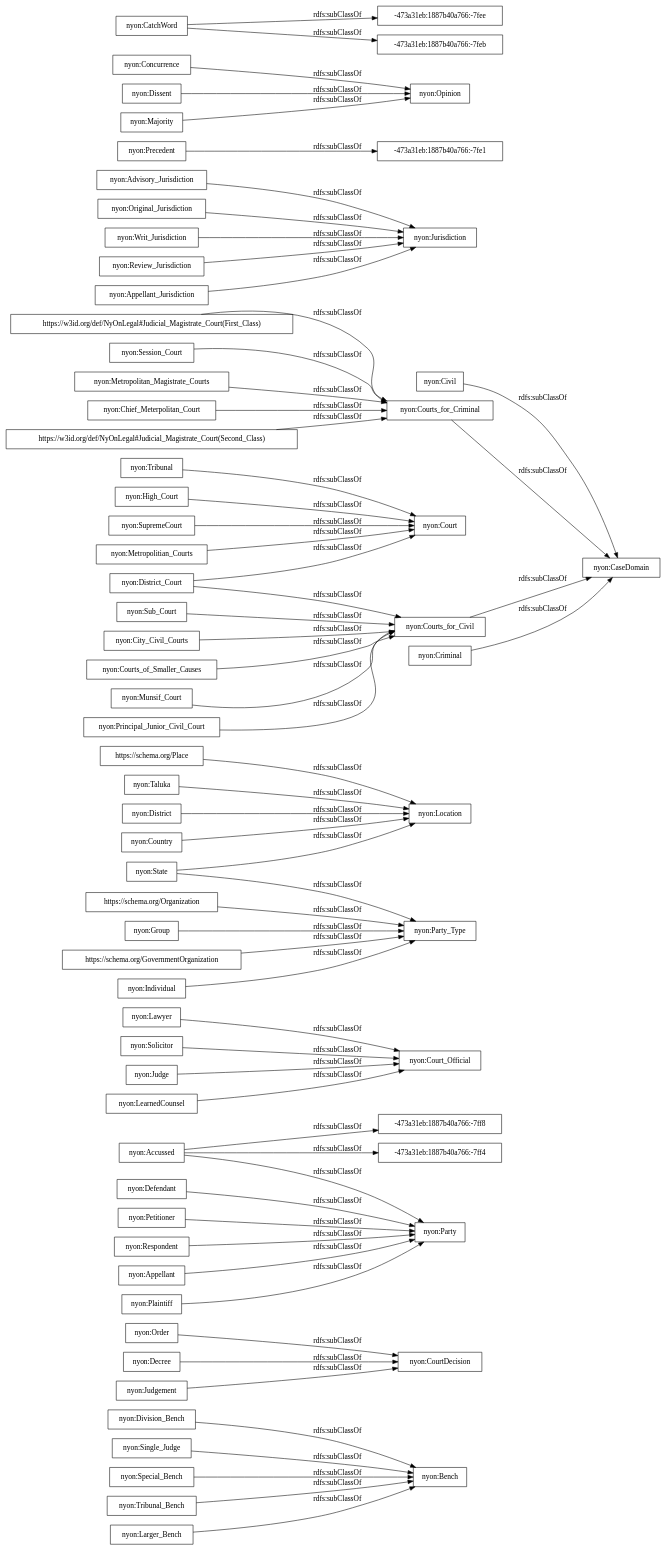
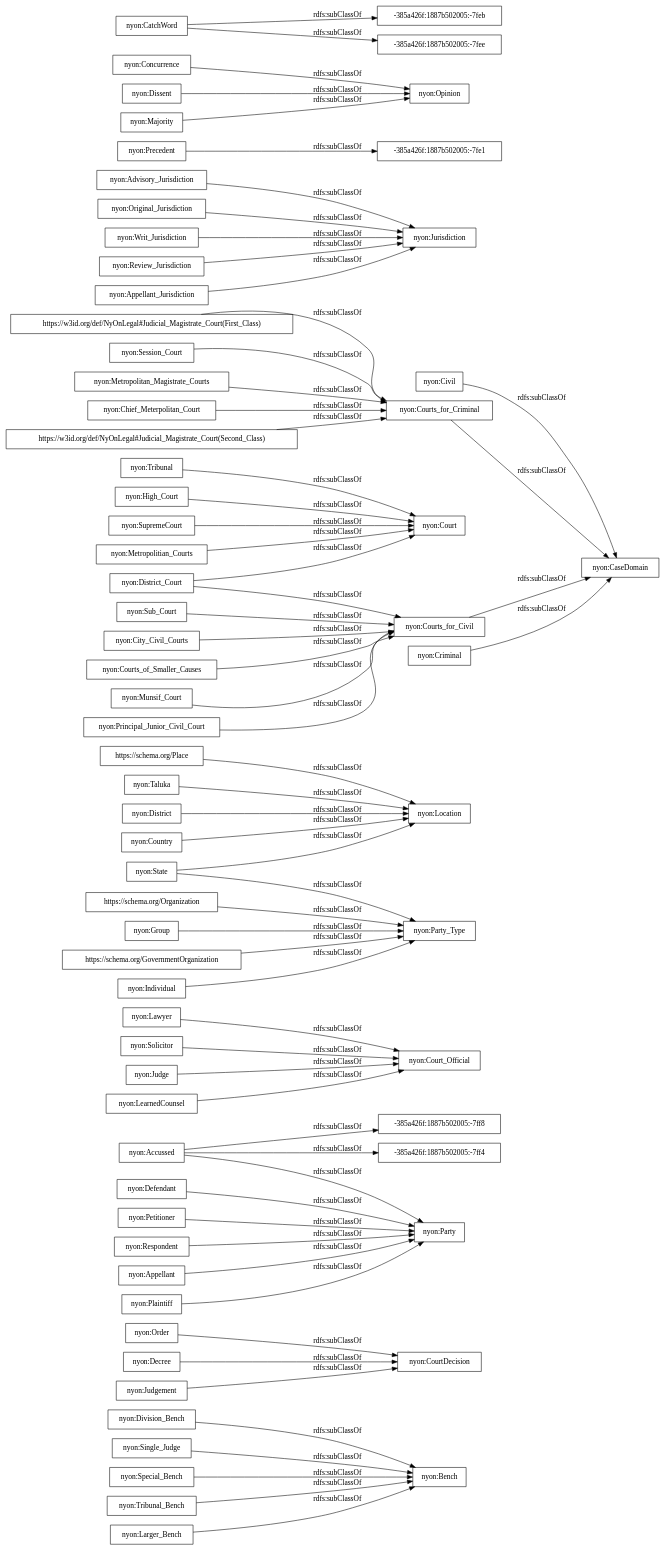
The diagram in OnToology/NyOn.owl/diagrams/ar2dtool-taxonomy/NyOn.owl.png.dot (ahmad88me/NyOn), drawn with Graphviz before and after one commit. The commit also changed 25 other files, not shown here.

```diff
--- a/OnToology/NyOn.owl/diagrams/ar2dtool-taxonomy/NyOn.owl.png.dot
+++ b/OnToology/NyOn.owl/diagrams/ar2dtool-taxonomy/NyOn.owl.png.dot
@@ -1,67 +1,67 @@
 digraph ar2dtool_diagram { 
 rankdir=LR;
 size="1000"
-node [shape = rectangle, color="black"]; "nyon:Division_Bench" "nyon:Order" "nyon:Decree" "nyon:Bench" "nyon:Party" "nyon:Defendant" "nyon:Lawyer" "https://schema.org/Place" "nyon:Accussed" "nyon:Civil" "nyon:Taluka" "nyon:Principal_Junior_Civil_Court" "nyon:Solicitor" "nyon:Advisory_Jurisdiction" "nyon:Single_Judge" "nyon:Session_Court" "nyon:Metropolitan_Magistrate_Courts" "nyon:District_Court" "nyon:Chief_Meterpolitan_Court" "nyon:Original_Jurisdiction" "nyon:Court_Official" "nyon:Precedent" "nyon:Court" "nyon:High_Court" "https://w3id.org/def/NyOnLegal#Judicial_Magistrate_Court(Second_Class)" "nyon:State" "nyon:Concurrence" "nyon:Courts_for_Criminal" "nyon:Courts_for_Civil" "nyon:Writ_Jurisdiction" "nyon:Location" "nyon:District" "nyon:Review_Jurisdiction" "nyon:City_Civil_Courts" "nyon:Appellant_Jurisdiction" "nyon:SupremeCourt" "nyon:Special_Bench" "nyon:Individual" "nyon:Opinion" "nyon:Judge" "nyon:Courts_of_Smaller_Causes" "nyon:Judgement" "nyon:LearnedCounsel" "-473a31eb:1887b40a766:-7ff4" "nyon:Tribunal_Bench" "nyon:Jurisdiction" "https://schema.org/Organization" "nyon:Metropolitian_Courts" "nyon:Criminal" "nyon:Group" "-473a31eb:1887b40a766:-7fee" "nyon:Appellant" "nyon:Munsif_Court" "nyon:CatchWord" "nyon:Dissent" "nyon:Party_Type" "nyon:Plaintiff" "-473a31eb:1887b40a766:-7ff8" "nyon:Country" "nyon:CourtDecision" "nyon:Tribunal" "nyon:Majority" "nyon:Petitioner" "nyon:CaseDomain" "nyon:Sub_Court" "https://schema.org/GovernmentOrganization" "nyon:Larger_Bench" "-473a31eb:1887b40a766:-7feb" "https://w3id.org/def/NyOnLegal#Judicial_Magistrate_Court(First_Class)" "nyon:Respondent" "-473a31eb:1887b40a766:-7fe1" ; /*classes style*/
+node [shape = rectangle, color="black"]; "nyon:Division_Bench" "nyon:Order" "nyon:Decree" "nyon:Bench" "nyon:Party" "nyon:Defendant" "nyon:Lawyer" "https://schema.org/Place" "nyon:Accussed" "nyon:Civil" "nyon:Taluka" "nyon:Principal_Junior_Civil_Court" "nyon:Solicitor" "nyon:Advisory_Jurisdiction" "nyon:Single_Judge" "nyon:Session_Court" "nyon:Metropolitan_Magistrate_Courts" "nyon:District_Court" "nyon:Original_Jurisdiction" "nyon:Chief_Meterpolitan_Court" "nyon:Court_Official" "nyon:Precedent" "nyon:Court" "nyon:High_Court" "https://w3id.org/def/NyOnLegal#Judicial_Magistrate_Court(Second_Class)" "nyon:State" "nyon:Concurrence" "nyon:Courts_for_Criminal" "nyon:Courts_for_Civil" "-385a426f:1887b502005:-7ff4" "nyon:Writ_Jurisdiction" "nyon:Location" "nyon:District" "nyon:Review_Jurisdiction" "nyon:City_Civil_Courts" "nyon:Appellant_Jurisdiction" "nyon:SupremeCourt" "nyon:Special_Bench" "nyon:Individual" "nyon:Opinion" "nyon:Judge" "nyon:Courts_of_Smaller_Causes" "-385a426f:1887b502005:-7feb" "nyon:Judgement" "nyon:LearnedCounsel" "-385a426f:1887b502005:-7fe1" "nyon:Tribunal_Bench" "nyon:Jurisdiction" "-385a426f:1887b502005:-7fee" "https://schema.org/Organization" "nyon:Metropolitian_Courts" "nyon:Criminal" "nyon:Group" "-385a426f:1887b502005:-7ff8" "nyon:Appellant" "nyon:Munsif_Court" "nyon:CatchWord" "nyon:Dissent" "nyon:Party_Type" "nyon:Plaintiff" "nyon:Country" "nyon:CourtDecision" "nyon:Tribunal" "nyon:Majority" "nyon:Petitioner" "nyon:CaseDomain" "nyon:Sub_Court" "https://schema.org/GovernmentOrganization" "nyon:Larger_Bench" "https://w3id.org/def/NyOnLegal#Judicial_Magistrate_Court(First_Class)" "nyon:Respondent" ; /*classes style*/
 	"nyon:Writ_Jurisdiction" -> "nyon:Jurisdiction" [ label = "rdfs:subClassOf" ];
 	"nyon:Special_Bench" -> "nyon:Bench" [ label = "rdfs:subClassOf" ];
 	"https://schema.org/Place" -> "nyon:Location" [ label = "rdfs:subClassOf" ];
 	"nyon:Judge" -> "nyon:Court_Official" [ label = "rdfs:subClassOf" ];
 	"nyon:Petitioner" -> "nyon:Party" [ label = "rdfs:subClassOf" ];
 	"https://schema.org/GovernmentOrganization" -> "nyon:Party_Type" [ label = "rdfs:subClassOf" ];
 	"nyon:Original_Jurisdiction" -> "nyon:Jurisdiction" [ label = "rdfs:subClassOf" ];
 	"nyon:Appellant" -> "nyon:Party" [ label = "rdfs:subClassOf" ];
 	"nyon:Order" -> "nyon:CourtDecision" [ label = "rdfs:subClassOf" ];
 	"nyon:Review_Jurisdiction" -> "nyon:Jurisdiction" [ label = "rdfs:subClassOf" ];
 	"https://schema.org/Organization" -> "nyon:Party_Type" [ label = "rdfs:subClassOf" ];
 	"nyon:District_Court" -> "nyon:Courts_for_Civil" [ label = "rdfs:subClassOf" ];
 	"nyon:District_Court" -> "nyon:Court" [ label = "rdfs:subClassOf" ];
 	"nyon:Metropolitian_Courts" -> "nyon:Court" [ label = "rdfs:subClassOf" ];
 	"nyon:Munsif_Court" -> "nyon:Courts_for_Civil" [ label = "rdfs:subClassOf" ];
 	"nyon:Respondent" -> "nyon:Party" [ label = "rdfs:subClassOf" ];
 	"nyon:Chief_Meterpolitan_Court" -> "nyon:Courts_for_Criminal" [ label = "rdfs:subClassOf" ];
 	"nyon:Session_Court" -> "nyon:Courts_for_Criminal" [ label = "rdfs:subClassOf" ];
 	"nyon:Majority" -> "nyon:Opinion" [ label = "rdfs:subClassOf" ];
 	"nyon:LearnedCounsel" -> "nyon:Court_Official" [ label = "rdfs:subClassOf" ];
 	"nyon:SupremeCourt" -> "nyon:Court" [ label = "rdfs:subClassOf" ];
 	"nyon:Larger_Bench" -> "nyon:Bench" [ label = "rdfs:subClassOf" ];
 	"nyon:Single_Judge" -> "nyon:Bench" [ label = "rdfs:subClassOf" ];
 	"nyon:Dissent" -> "nyon:Opinion" [ label = "rdfs:subClassOf" ];
 	"nyon:City_Civil_Courts" -> "nyon:Courts_for_Civil" [ label = "rdfs:subClassOf" ];
 	"nyon:District" -> "nyon:Location" [ label = "rdfs:subClassOf" ];
 	"nyon:Decree" -> "nyon:CourtDecision" [ label = "rdfs:subClassOf" ];
 	"nyon:High_Court" -> "nyon:Court" [ label = "rdfs:subClassOf" ];
 	"nyon:Courts_for_Civil" -> "nyon:CaseDomain" [ label = "rdfs:subClassOf" ];
 	"nyon:Sub_Court" -> "nyon:Courts_for_Civil" [ label = "rdfs:subClassOf" ];
 	"nyon:Civil" -> "nyon:CaseDomain" [ label = "rdfs:subClassOf" ];
 	"nyon:Plaintiff" -> "nyon:Party" [ label = "rdfs:subClassOf" ];
 	"nyon:State" -> "nyon:Party_Type" [ label = "rdfs:subClassOf" ];
 	"nyon:State" -> "nyon:Location" [ label = "rdfs:subClassOf" ];
 	"nyon:Criminal" -> "nyon:CaseDomain" [ label = "rdfs:subClassOf" ];
 	"nyon:Principal_Junior_Civil_Court" -> "nyon:Courts_for_Civil" [ label = "rdfs:subClassOf" ];
 	"nyon:Tribunal" -> "nyon:Court" [ label = "rdfs:subClassOf" ];
 	"https://w3id.org/def/NyOnLegal#Judicial_Magistrate_Court(Second_Class)" -> "nyon:Courts_for_Criminal" [ label = "rdfs:subClassOf" ];
 	"nyon:Courts_for_Criminal" -> "nyon:CaseDomain" [ label = "rdfs:subClassOf" ];
-	"nyon:Precedent" -> "-473a31eb:1887b40a766:-7fe1" [ label = "rdfs:subClassOf" ];
+	"nyon:Precedent" -> "-385a426f:1887b502005:-7fe1" [ label = "rdfs:subClassOf" ];
 	"nyon:Concurrence" -> "nyon:Opinion" [ label = "rdfs:subClassOf" ];
-	"nyon:CatchWord" -> "-473a31eb:1887b40a766:-7feb" [ label = "rdfs:subClassOf" ];
-	"nyon:CatchWord" -> "-473a31eb:1887b40a766:-7fee" [ label = "rdfs:subClassOf" ];
+	"nyon:CatchWord" -> "-385a426f:1887b502005:-7feb" [ label = "rdfs:subClassOf" ];
+	"nyon:CatchWord" -> "-385a426f:1887b502005:-7fee" [ label = "rdfs:subClassOf" ];
 	"nyon:Solicitor" -> "nyon:Court_Official" [ label = "rdfs:subClassOf" ];
 	"nyon:Courts_of_Smaller_Causes" -> "nyon:Courts_for_Civil" [ label = "rdfs:subClassOf" ];
 	"nyon:Defendant" -> "nyon:Party" [ label = "rdfs:subClassOf" ];
-	"nyon:Accussed" -> "-473a31eb:1887b40a766:-7ff4" [ label = "rdfs:subClassOf" ];
-	"nyon:Accussed" -> "-473a31eb:1887b40a766:-7ff8" [ label = "rdfs:subClassOf" ];
+	"nyon:Accussed" -> "-385a426f:1887b502005:-7ff4" [ label = "rdfs:subClassOf" ];
+	"nyon:Accussed" -> "-385a426f:1887b502005:-7ff8" [ label = "rdfs:subClassOf" ];
 	"nyon:Accussed" -> "nyon:Party" [ label = "rdfs:subClassOf" ];
 	"nyon:Group" -> "nyon:Party_Type" [ label = "rdfs:subClassOf" ];
 	"nyon:Country" -> "nyon:Location" [ label = "rdfs:subClassOf" ];
 	"nyon:Tribunal_Bench" -> "nyon:Bench" [ label = "rdfs:subClassOf" ];
 	"nyon:Lawyer" -> "nyon:Court_Official" [ label = "rdfs:subClassOf" ];
 	"nyon:Taluka" -> "nyon:Location" [ label = "rdfs:subClassOf" ];
 	"nyon:Judgement" -> "nyon:CourtDecision" [ label = "rdfs:subClassOf" ];
 	"nyon:Division_Bench" -> "nyon:Bench" [ label = "rdfs:subClassOf" ];
 	"nyon:Advisory_Jurisdiction" -> "nyon:Jurisdiction" [ label = "rdfs:subClassOf" ];
 	"nyon:Metropolitan_Magistrate_Courts" -> "nyon:Courts_for_Criminal" [ label = "rdfs:subClassOf" ];
 	"nyon:Appellant_Jurisdiction" -> "nyon:Jurisdiction" [ label = "rdfs:subClassOf" ];
 	"nyon:Individual" -> "nyon:Party_Type" [ label = "rdfs:subClassOf" ];
 	"https://w3id.org/def/NyOnLegal#Judicial_Magistrate_Court(First_Class)" -> "nyon:Courts_for_Criminal" [ label = "rdfs:subClassOf" ];
 
 }
```
